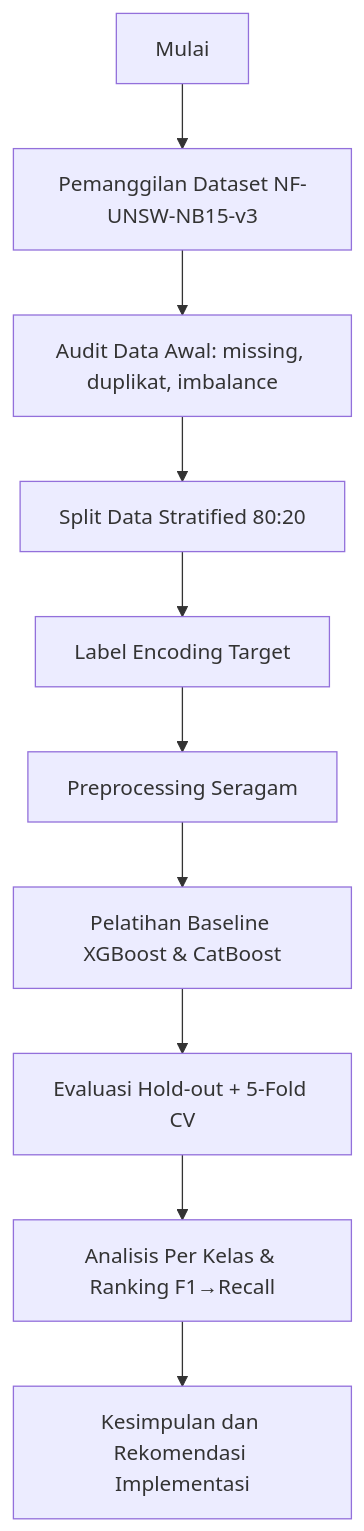
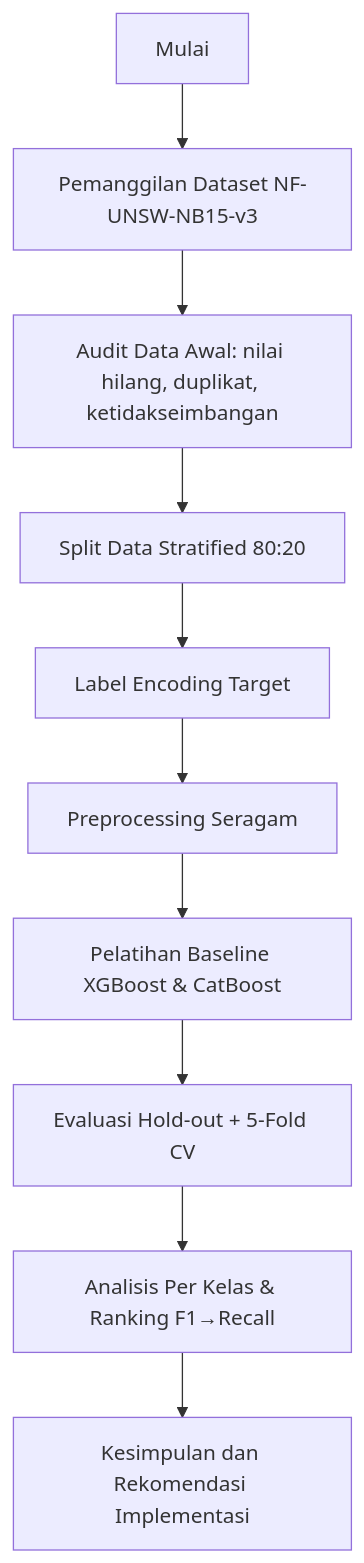
One commit to Nantarachma/Kode_Skripsi_Notebook changed the first of 3 diagrams in Artikel_Jurnal_Sinta4_Analisis_Komparatif_XGBoost_CatBoost.md. Above: the diagram before and after it, drawn with Mermaid. The commit also changed other lines of this file, not shown here.

First line of the commit message:
docs: refine formal terminology and flowchart consistency in method visuals

````diff
--- a/Artikel_Jurnal_Sinta4_Analisis_Komparatif_XGBoost_CatBoost.md
+++ b/Artikel_Jurnal_Sinta4_Analisis_Komparatif_XGBoost_CatBoost.md
@@ -56,12 +56,12 @@
 ```mermaid
 flowchart TD
     A[Mulai] --> B[Pemanggilan Dataset NF-UNSW-NB15-v3]
-    B --> C[Audit Data Awal: missing, duplikat, imbalance]
+    B --> C[Audit Data Awal: nilai hilang, duplikat, ketidakseimbangan]
     C --> D[Split Data Stratified 80:20]
     D --> E[Label Encoding Target]
     E --> F[Preprocessing Seragam]
     F --> G[Pelatihan Baseline XGBoost & CatBoost]
     G --> H[Evaluasi Hold-out + 5-Fold CV]
     H --> I[Analisis Per Kelas & Ranking F1→Recall]
     I --> J[Kesimpulan dan Rekomendasi Implementasi]
 ```
````
